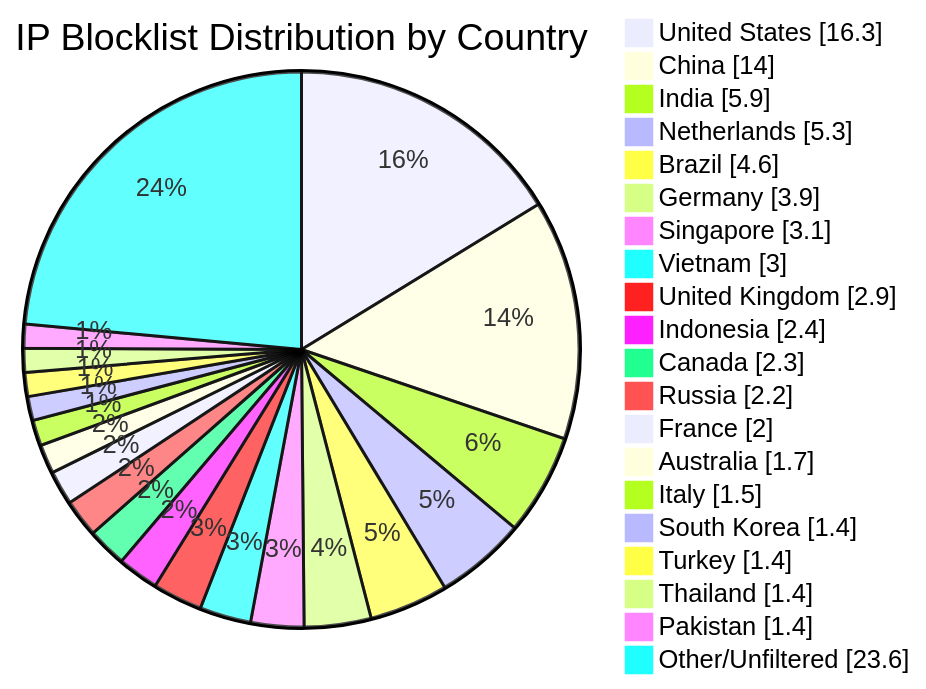
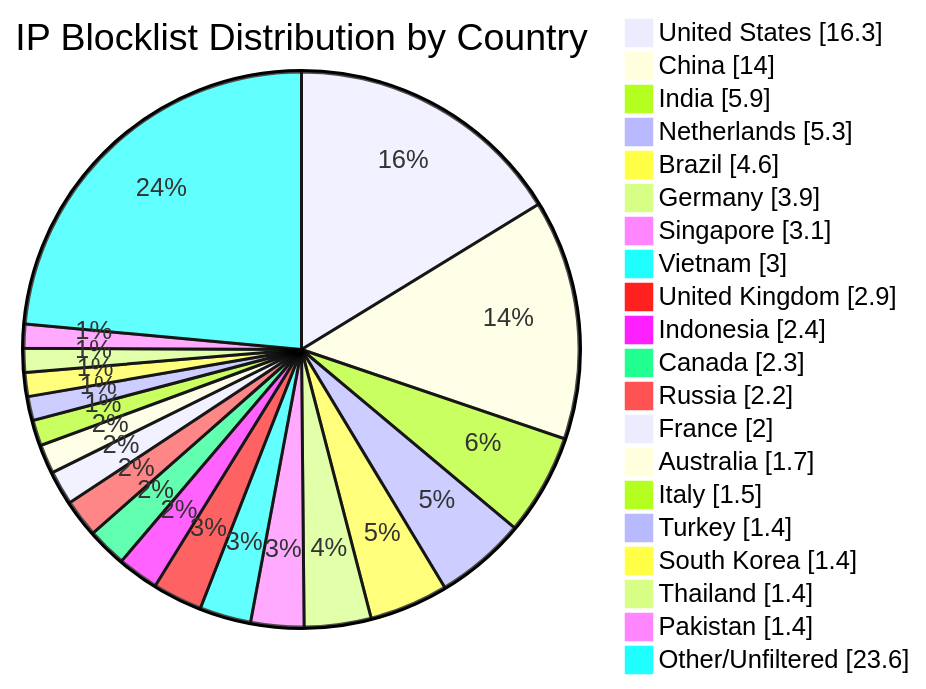
One commit to dewdmadbro/ip-blocklist-dewd changed the diagram in README.md. Above: the diagram before and after it, drawn with Mermaid. The commit also changed other lines of this file and 53 other files, not shown here.

````diff
--- a/README.md
+++ b/README.md
@@ -34,23 +34,23 @@
 ```mermaid
 pie showData title IP Blocklist Distribution by Country
 "United States" : 16.3
 "China" : 14.0
 "India" : 5.9
 "Netherlands" : 5.3
 "Brazil" : 4.6
 "Germany" : 3.9
 "Singapore" : 3.1
 "Vietnam" : 3.0
 "United Kingdom" : 2.9
 "Indonesia" : 2.4
 "Canada" : 2.3
 "Russia" : 2.2
 "France" : 2.0
 "Australia" : 1.7
 "Italy" : 1.5
+"Turkey" : 1.4
 "South Korea" : 1.4
-"Turkey" : 1.4
 "Thailand" : 1.4
 "Pakistan" : 1.4
 "Other/Unfiltered" : 23.6
 ```
````
